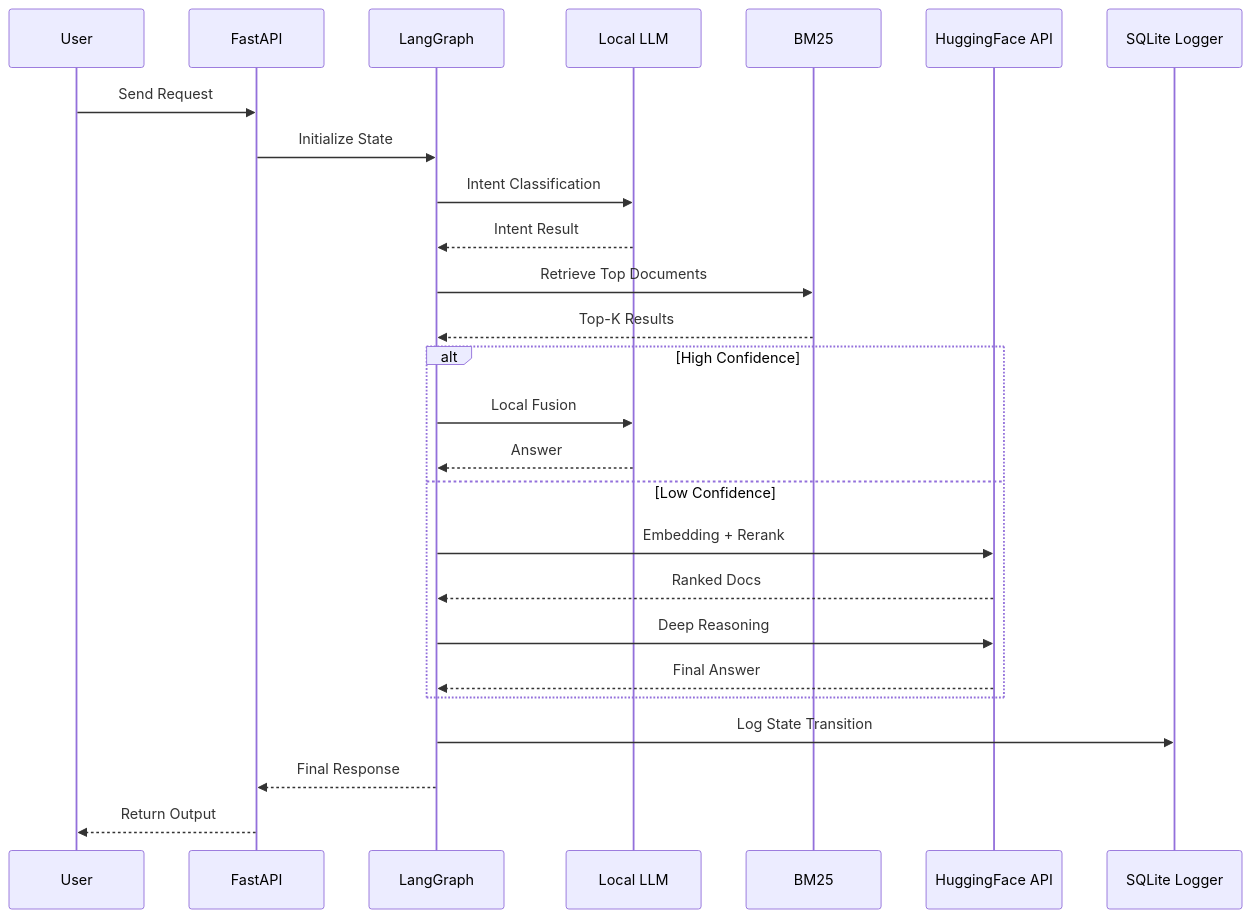
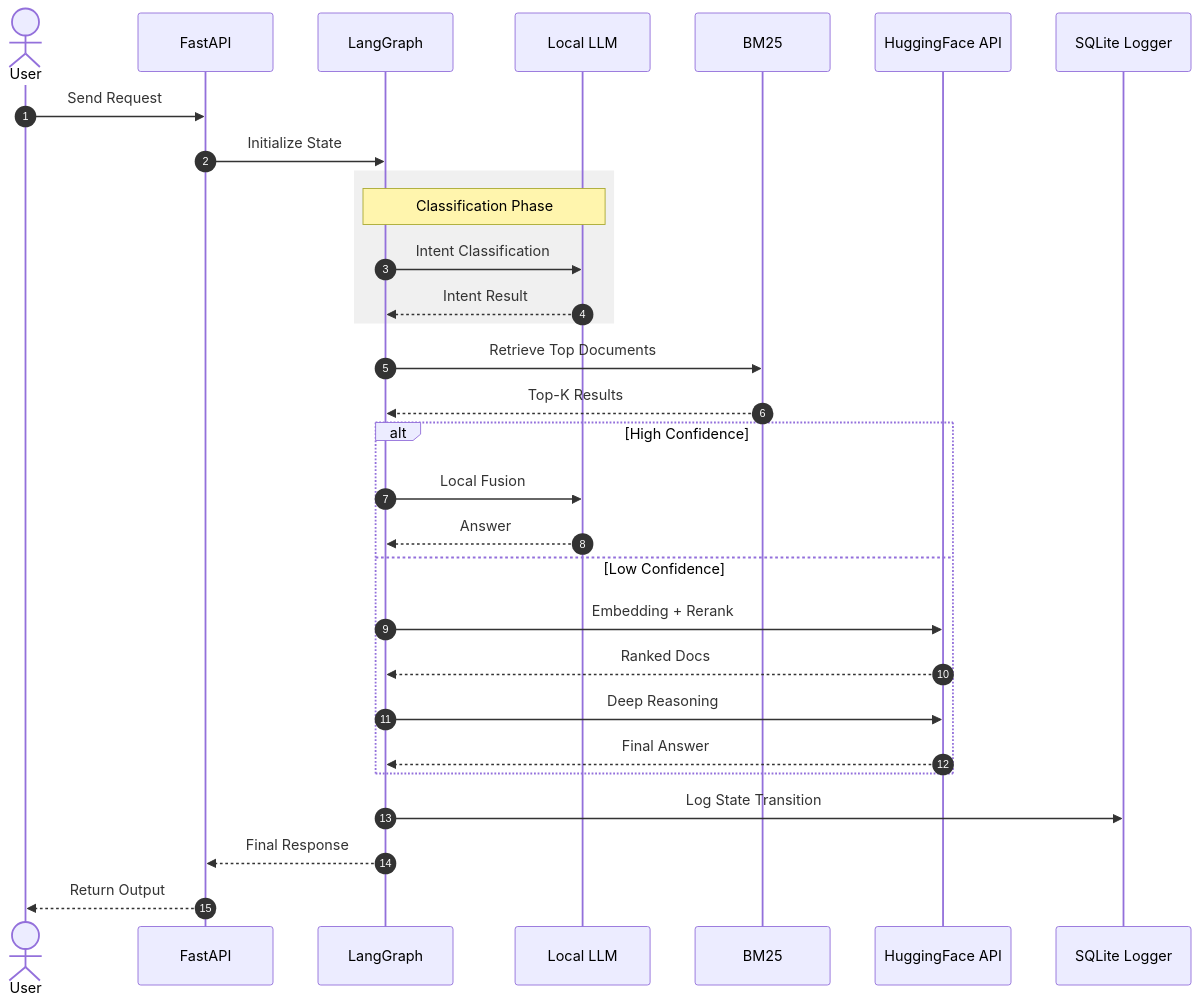
One commit to vinay170497/job-assistant-ai-platform changed the diagram in docs/sequence_diagram.mmd. Above: the diagram before and after it, drawn with Mermaid. The commit also changed 3 other files, not shown here.

Commit message:
Updated Flowcharts and Diagrams

```diff
--- a/docs/sequence_diagram.mmd
+++ b/docs/sequence_diagram.mmd
@@ -1,31 +1,35 @@
 sequenceDiagram
-
-    participant U as User
+    autonumber
+    actor U as User
     participant API as FastAPI
     participant G as LangGraph
     participant L as Local LLM
     participant BM as BM25
     participant HF as HuggingFace API
     participant DB as SQLite Logger
 
     U->>API: Send Request
     API->>G: Initialize State
-    G->>L: Intent Classification
-    L-->>G: Intent Result
+    
+    rect rgb(240, 240, 240)
+        Note over G,L: Classification Phase
+        G->>L: Intent Classification
+        L-->>G: Intent Result
+    end
 
     G->>BM: Retrieve Top Documents
     BM-->>G: Top-K Results
 
     alt High Confidence
         G->>L: Local Fusion
         L-->>G: Answer
     else Low Confidence
         G->>HF: Embedding + Rerank
         HF-->>G: Ranked Docs
         G->>HF: Deep Reasoning
         HF-->>G: Final Answer
     end
 
     G->>DB: Log State Transition
     G-->>API: Final Response
     API-->>U: Return Output
```
